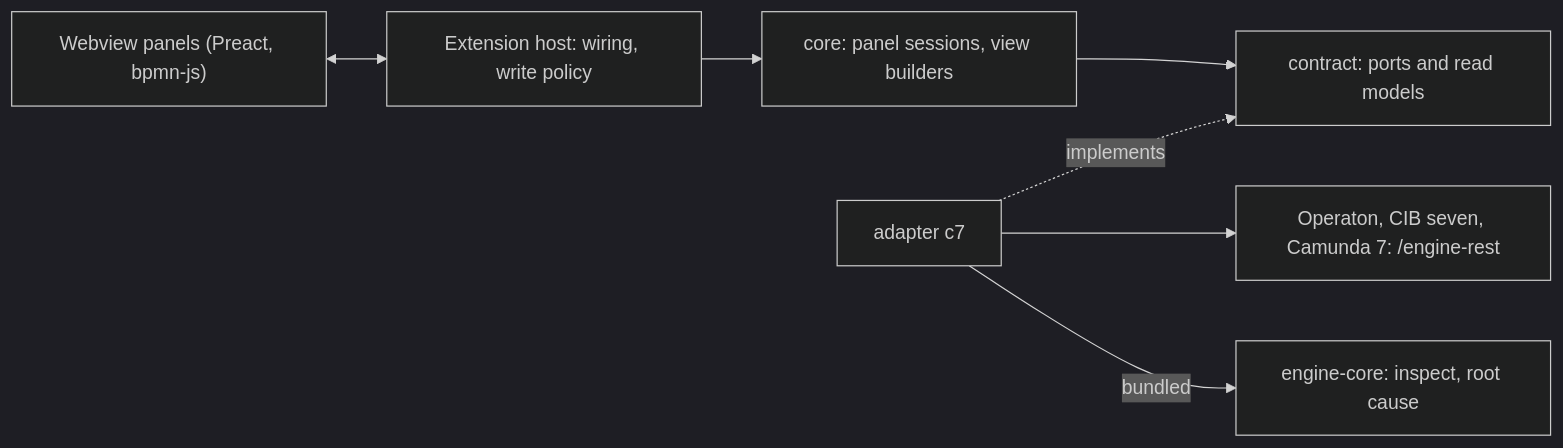
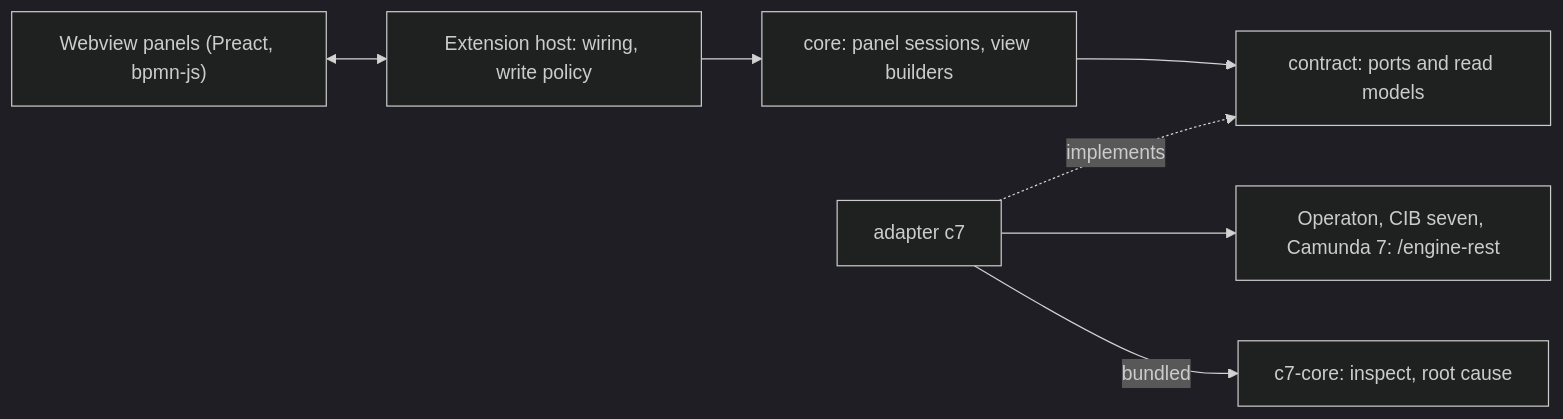
Before and after one commit to Miragon/pulse: the diagram in docs/vscode/architecture.md, drawn with Mermaid (dark theme). The commit also changed other lines of this file and 257 other files, not shown here.

````diff
--- a/docs/vscode/architecture.md
+++ b/docs/vscode/architecture.md
@@ -9,9 +9,9 @@
 ```mermaid
 flowchart LR
   webview["Webview panels (Preact, bpmn-js)"] <--> host["Extension host: wiring, write policy"]
   host --> core["core: panel sessions, view builders"]
   core --> contract["contract: ports and read models"]
   c7["adapter c7"] -. implements .-> contract
   c7 --> engines["Operaton, CIB seven, Camunda 7: /engine-rest"]
-  c7 -- bundled --> enginecore["engine-core: inspect, root cause"]
+  c7 -- bundled --> c7core["c7-core: inspect, root cause"]
 ```
````
